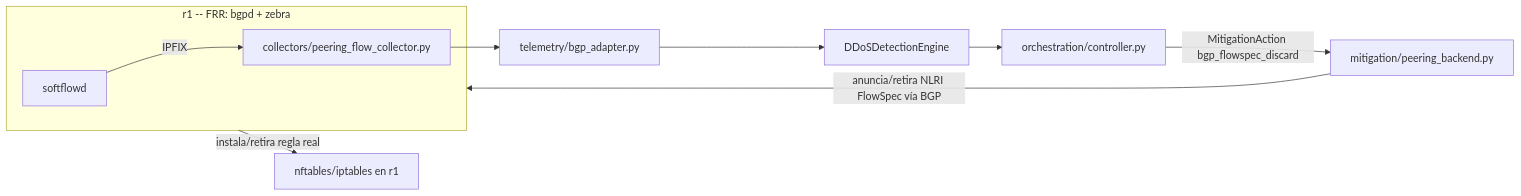
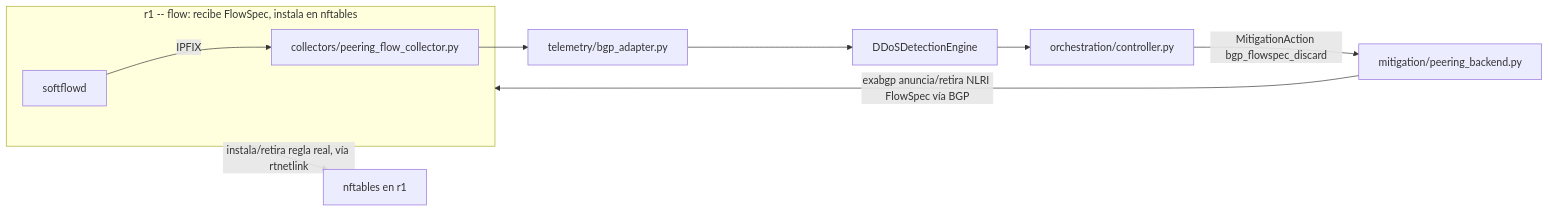
The diagram in docs/peering-plan.md (jmanu24/isp-ddos-ryu), drawn with Mermaid before and after one commit. The commit also changed other lines of this file and 6 other files, not shown here.

````diff
--- a/docs/peering-plan.md
+++ b/docs/peering-plan.md
@@ -47,12 +106,12 @@
 ```mermaid
 flowchart LR
-    subgraph r1[r1 -- FRR: bgpd + zebra]
+    subgraph r1[r1 -- flow: recibe FlowSpec, instala en nftables]
         SF[softflowd] -->|IPFIX| COL
     end
     COL[collectors/peering_flow_collector.py] --> ADAPT[telemetry/bgp_adapter.py]
     ADAPT --> DET[DDoSDetectionEngine]
     DET --> ORCH[orchestration/controller.py]
     ORCH -->|MitigationAction bgp_flowspec_discard| BACK[mitigation/peering_backend.py]
-    BACK -->|anuncia/retira NLRI FlowSpec vía BGP| r1
-    r1 -->|instala/retira regla real| DATAPLANE[nftables/iptables en r1]
+    BACK -->|exabgp anuncia/retira NLRI FlowSpec vía BGP| r1
+    r1 -->|instala/retira regla real, vía rtnetlink| DATAPLANE[nftables en r1]
 ```
````
